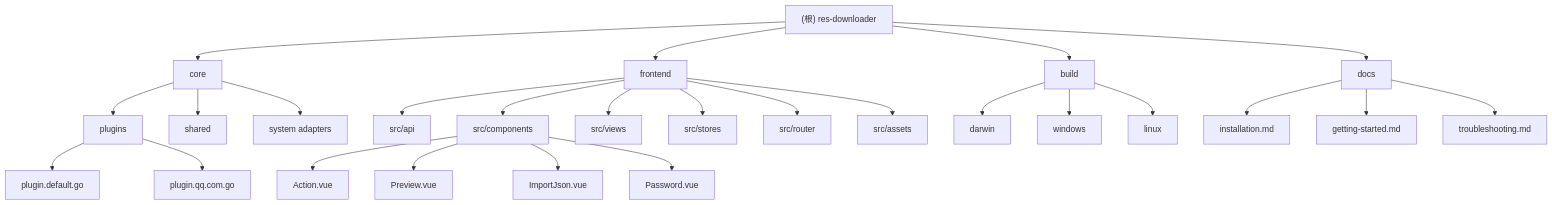
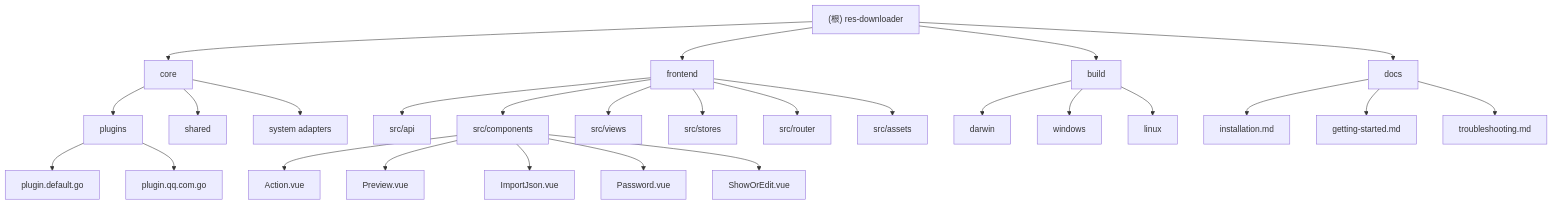
One commit to afanty2021/res-downloader changed the diagram in CLAUDE.md. Above: the diagram before and after it, drawn with Mermaid. The commit also changed other lines of this file, not shown here.

````diff
--- a/CLAUDE.md
+++ b/CLAUDE.md
@@ -9,38 +9,39 @@
 ```mermaid
 graph TD
     A["(根) res-downloader"] --> B["core"];
     A --> C["frontend"];
     A --> D["build"];
     A --> E["docs"];
 
     B --> F["plugins"];
     B --> G["shared"];
     B --> H["system adapters"];
 
     C --> I["src/api"];
     C --> J["src/components"];
     C --> K["src/views"];
     C --> L["src/stores"];
     C --> M["src/router"];
     C --> N["src/assets"];
 
     D --> O["darwin"];
     D --> P["windows"];
     D --> Q["linux"];
 
     E --> R["installation.md"];
     E --> S["getting-started.md"];
     E --> T["troubleshooting.md"];
 
     F --> U["plugin.default.go"];
     F --> V["plugin.qq.com.go"];
 
     J --> W["Action.vue"];
     J --> X["Preview.vue"];
     J --> Y["ImportJson.vue"];
     J --> Z["Password.vue"];
+    J --> AA["ShowOrEdit.vue"];
 
     click B "./core/CLAUDE.md" "查看 core 模块文档"
     click C "./frontend/CLAUDE.md" "查看 frontend 模块文档"
     click E "./docs/" "查看项目文档"
 ```
````
